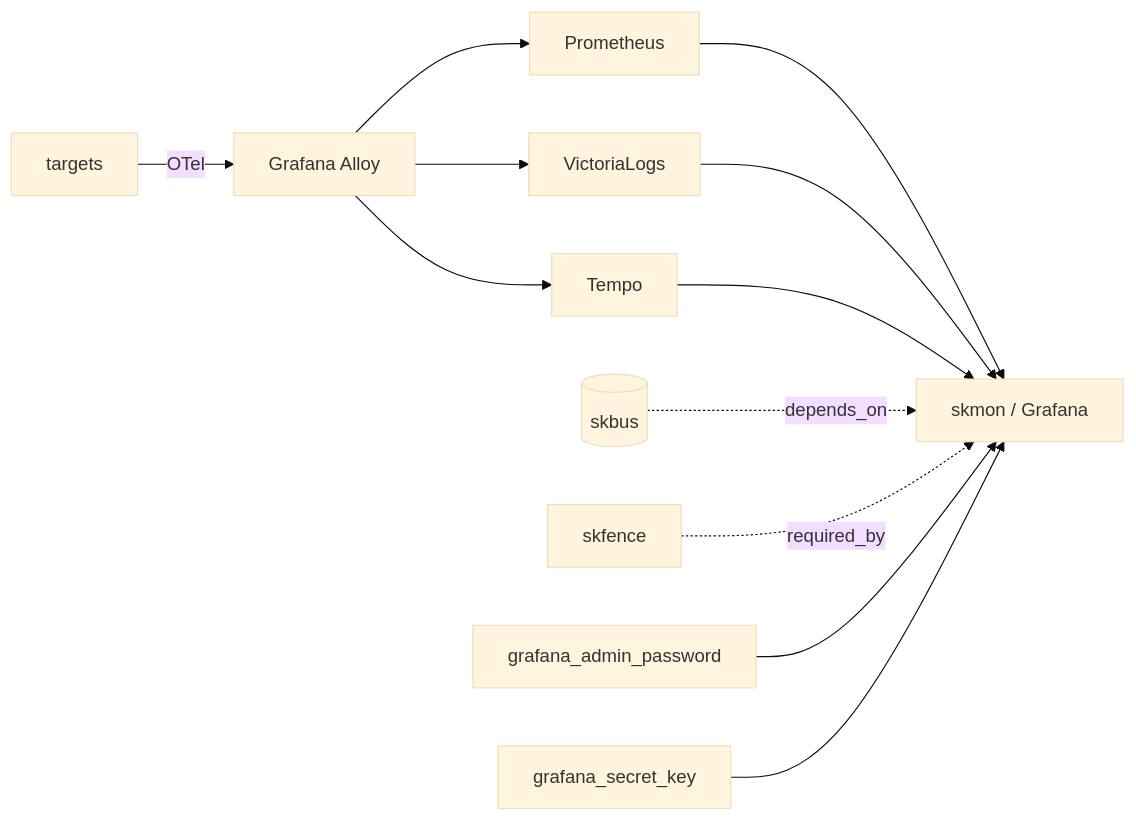
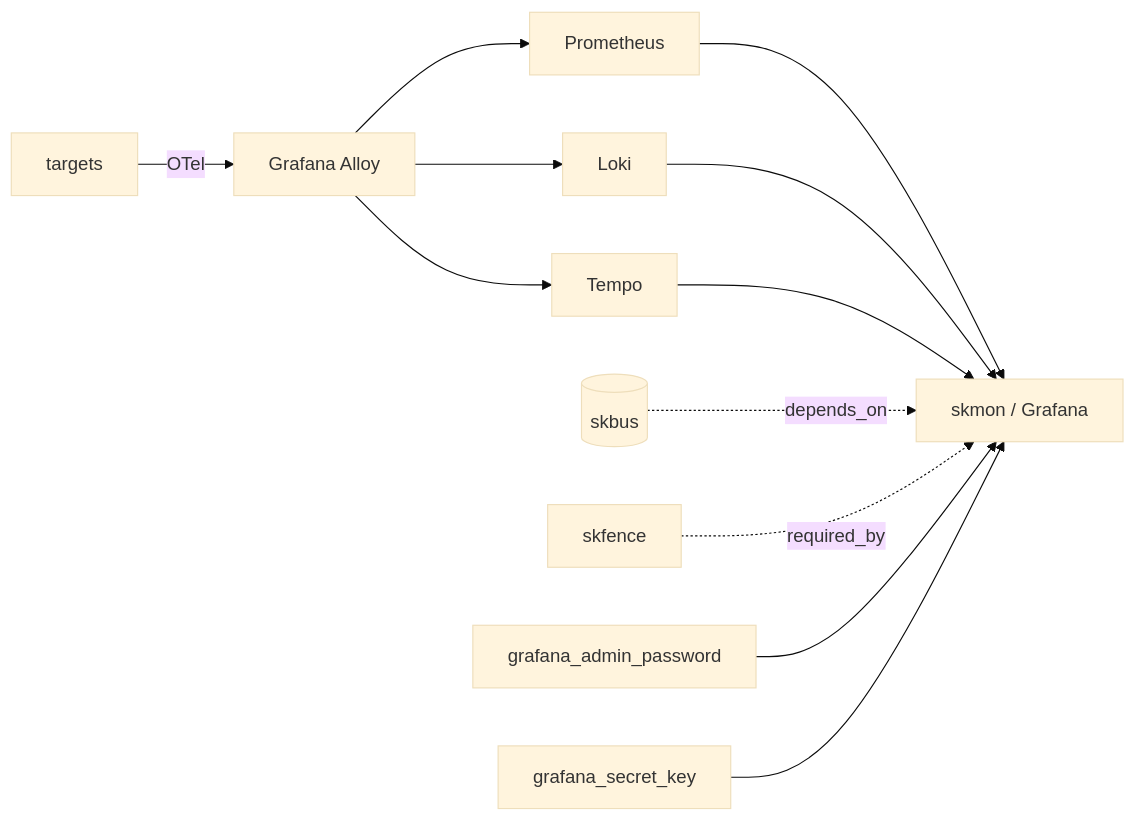
Before and after one commit to smilinTux/skstacks: the diagram in v2/docs/services/skmon.md, drawn with Mermaid (base theme). The commit also changed other lines of this file and 140 other files, not shown here.

````diff
--- a/v2/docs/services/skmon.md
+++ b/v2/docs/services/skmon.md
@@ -15,10 +15,10 @@
 ```mermaid
 flowchart LR
   TGT[targets] -->|OTel| AL[Grafana Alloy]
-  AL --> PROM[Prometheus] & VL[VictoriaLogs] & TP[Tempo]
-  PROM & VL & TP --> GR["skmon / Grafana"]
+  AL --> PROM[Prometheus] & LK[Loki] & TP[Tempo]
+  PROM & LK & TP --> GR["skmon / Grafana"]
   skbus[(skbus)] -.depends_on.-> GR
   skfence -.required_by.-> GR
   S1[grafana_admin_password] --> GR
   S2[grafana_secret_key] --> GR
 ```
````
